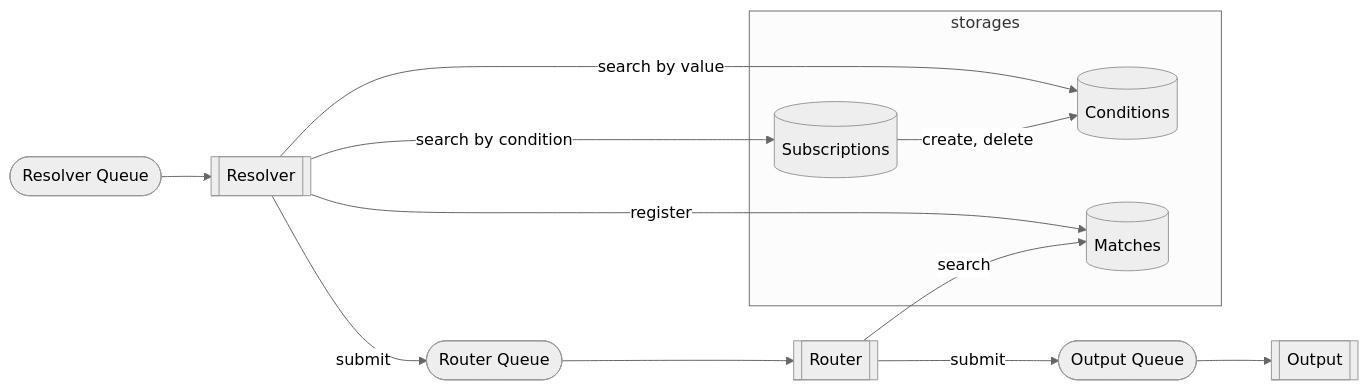
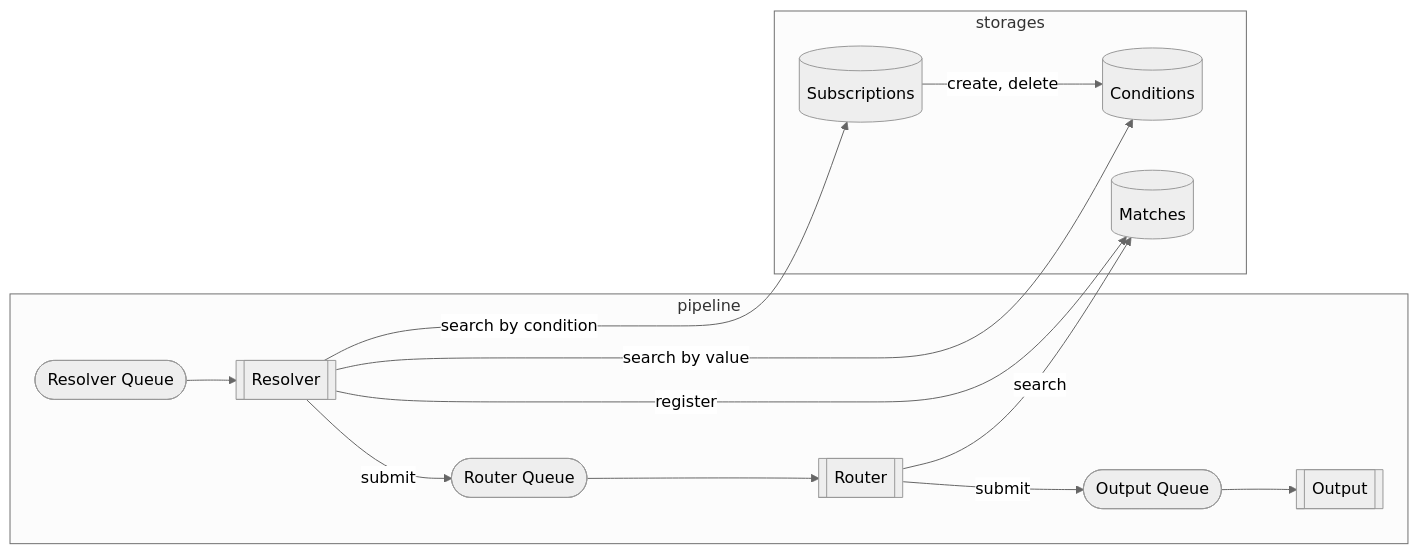
Before and after one commit to awakari/.github: the second of 2 diagrams in profile/README.md, drawn with Mermaid.

````diff
--- a/profile/README.md
+++ b/profile/README.md
@@ -161,21 +161,23 @@
 ```mermaid
 %%{init: {'theme': 'neutral' } }%%
 flowchart LR
-    resolverQueue([Resolver Queue])
-    resolver[[Resolver]]
+    subgraph pipeline
+        resolverQueue([Resolver Queue])
+        resolver[[Resolver]]
+        routerQueue([Router Queue])
+        router[[Router]]
+        outputQueue([Output Queue])
+        output[[Output]]
+    end
     subgraph storages
         conditions[(Conditions)]
         subscriptions[(Subscriptions)]
         matches[(Matches)]
     end
-    routerQueue([Router Queue])
-    router[[Router]]
-    outputQueue([Output Queue])
-    output[[Output]]
     resolver -->|search by value| conditions
     resolver --> |search by condition| subscriptions
     resolver --> |register| matches
     subscriptions --> |create, delete| conditions
     router --> |search| matches
     resolverQueue --> resolver -->|submit| routerQueue --> router -->|submit| outputQueue --> output
 ```
````
